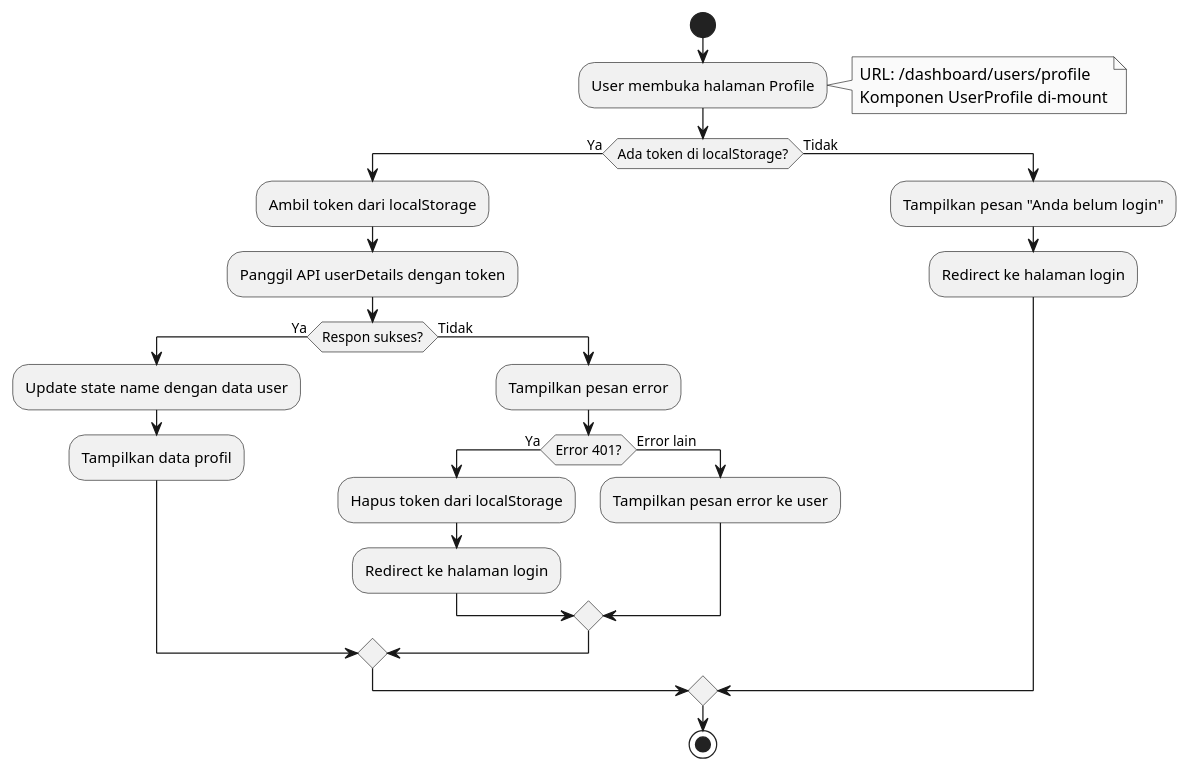
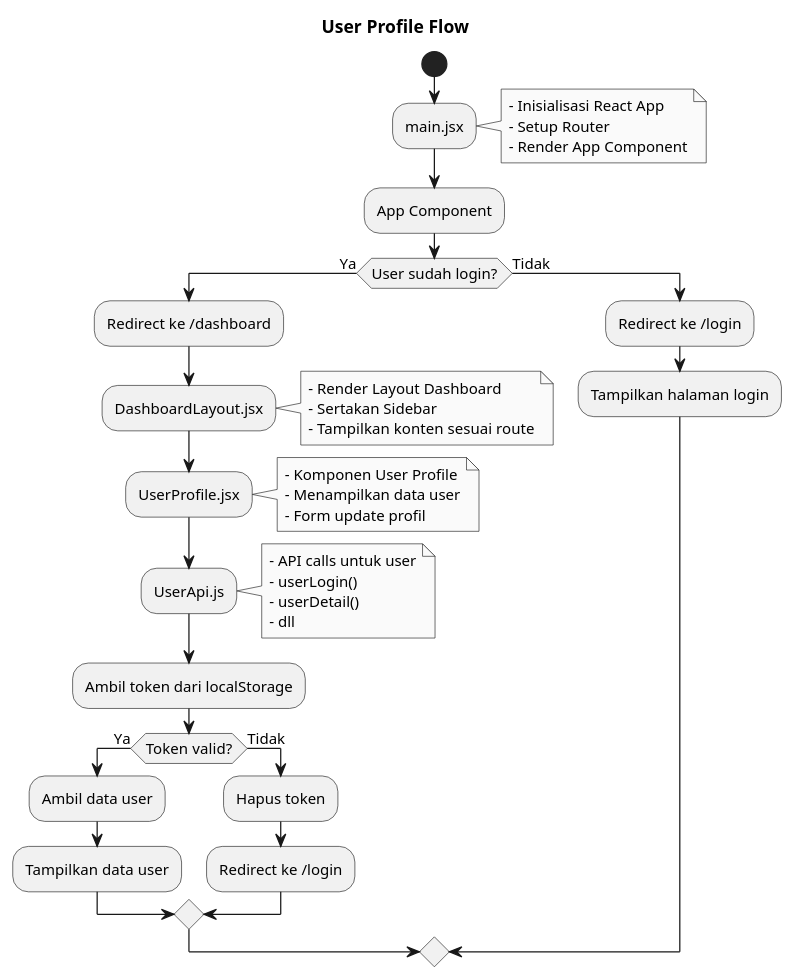
The diagram in FLOWCHART/16-UserProfile Flow.puml (Audyari/React.js-Project-Contact-Management), drawn with PlantUML before and after one commit. The commit also changed 4 other files, not shown here.

```diff
--- a/FLOWCHART/16-UserProfile Flow.puml
+++ b/FLOWCHART/16-UserProfile Flow.puml
@@ -1,39 +1,58 @@
-@startuml UserProfile Flow
+@startuml User Profile Flow
 
 skinparam monochrome true
+skinparam backgroundColor #ffffff
 skinparam defaultFontName Arial
+skinparam defaultFontSize 12
+
+title User Profile Flow
 
 start
 
-:User membuka halaman Profile;
+:main.jsx;
 note right
-  URL: /dashboard/users/profile
-  Komponen UserProfile di-mount
+  - Inisialisasi React App
+  - Setup Router
+  - Render App Component
 end note
 
-if (Ada token di localStorage?) then (Ya)
+:App Component;
+if (User sudah login?) then (Ya)
+  :Redirect ke /dashboard;
+  :DashboardLayout.jsx;
+  note right
+    - Render Layout Dashboard
+    - Sertakan Sidebar
+    - Tampilkan konten sesuai route
+  end note
+
+  :UserProfile.jsx;
+  note right
+    - Komponen User Profile
+    - Menampilkan data user
+    - Form update profil
+  end note
+
+  :UserApi.js;
+  note right
+    - API calls untuk user
+    - userLogin()
+    - userDetail()
+    - dll
+  end note
+
   :Ambil token dari localStorage;
-  :Panggil API userDetails dengan token;
-  
-  if (Respon sukses?) then (Ya)
-    :Update state name dengan data user;
-    :Tampilkan data profil;
+  if (Token valid?) then (Ya)
+    :Ambil data user;
+    :Tampilkan data user;
   else (Tidak)
-    :Tampilkan pesan error;
-    
-    if (Error 401?) then (Ya)
-      :Hapus token dari localStorage;
-      :Redirect ke halaman login;
-    else (Error lain)
-      :Tampilkan pesan error ke user;
-    endif
+    :Hapus token;
+    :Redirect ke /login;
   endif
-  
+
 else (Tidak)
-  :Tampilkan pesan "Anda belum login";
-  :Redirect ke halaman login;
+  :Redirect ke /login;
+  :Tampilkan halaman login;
 endif
 
-stop
-
 @enduml
```
